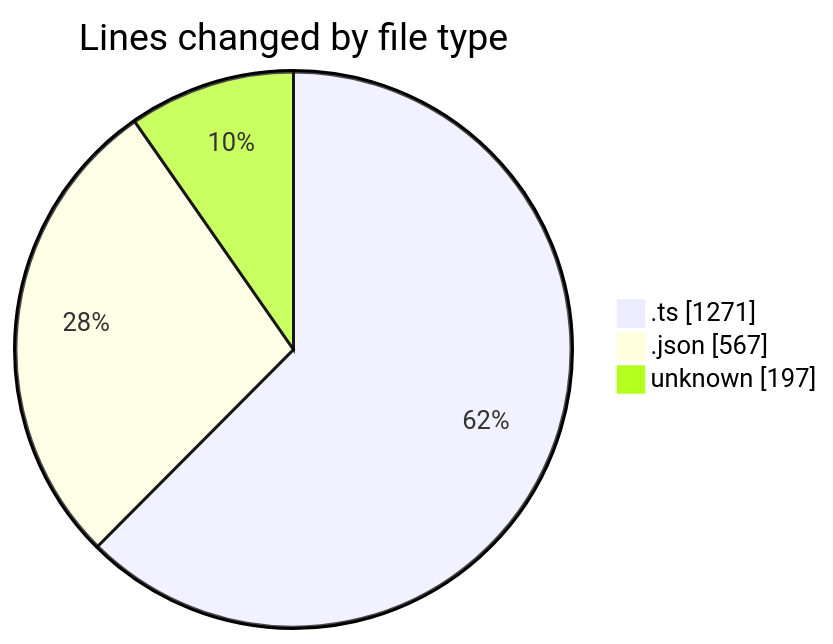
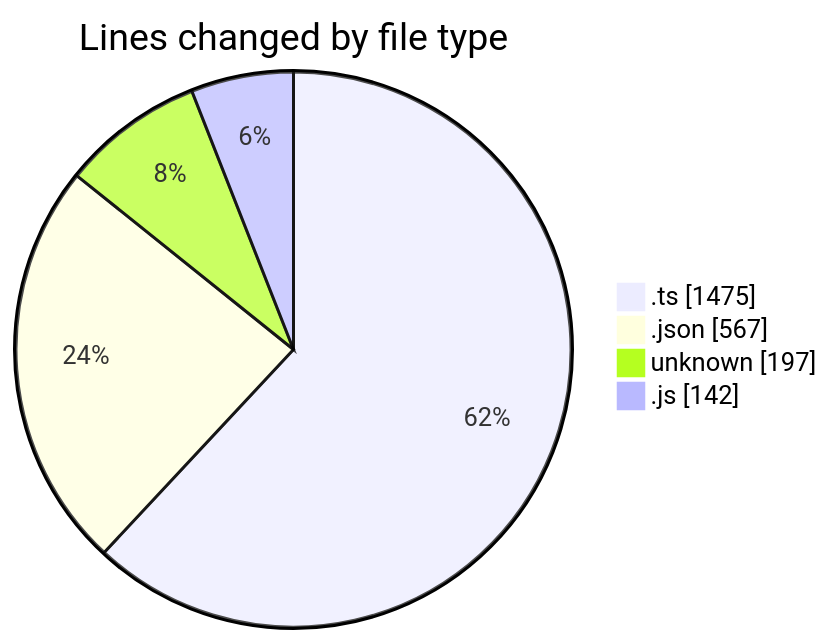
Before and after one commit to EIIisD/code-tracking: the first of 2 diagrams in 2025-08-24/chatgpt-extension/README.md, drawn with Mermaid. The commit also changed other lines of this file and 1 other file, not shown here.

````diff
--- a/2025-08-24/chatgpt-extension/README.md
+++ b/2025-08-24/chatgpt-extension/README.md
@@ -25,7 +27,8 @@
 ```mermaid
 pie showData
 title Lines changed by file type
-".ts" : 1271
+".ts" : 1475
 ".json" : 567
 "unknown" : 197
+".js" : 142
 ```
````
